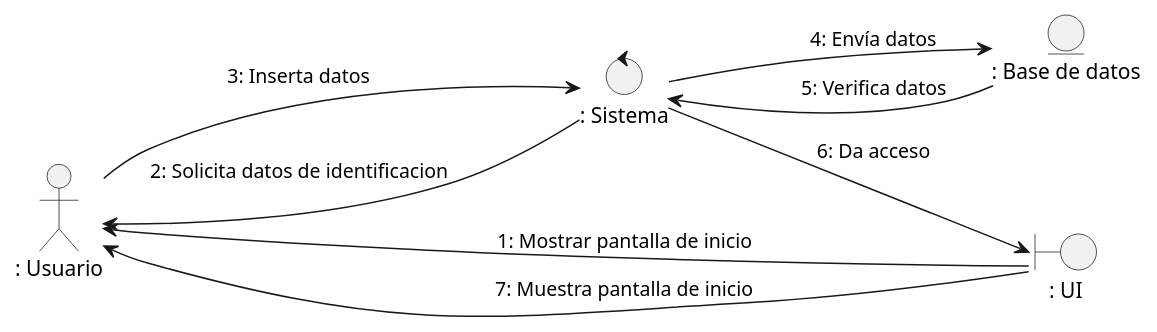
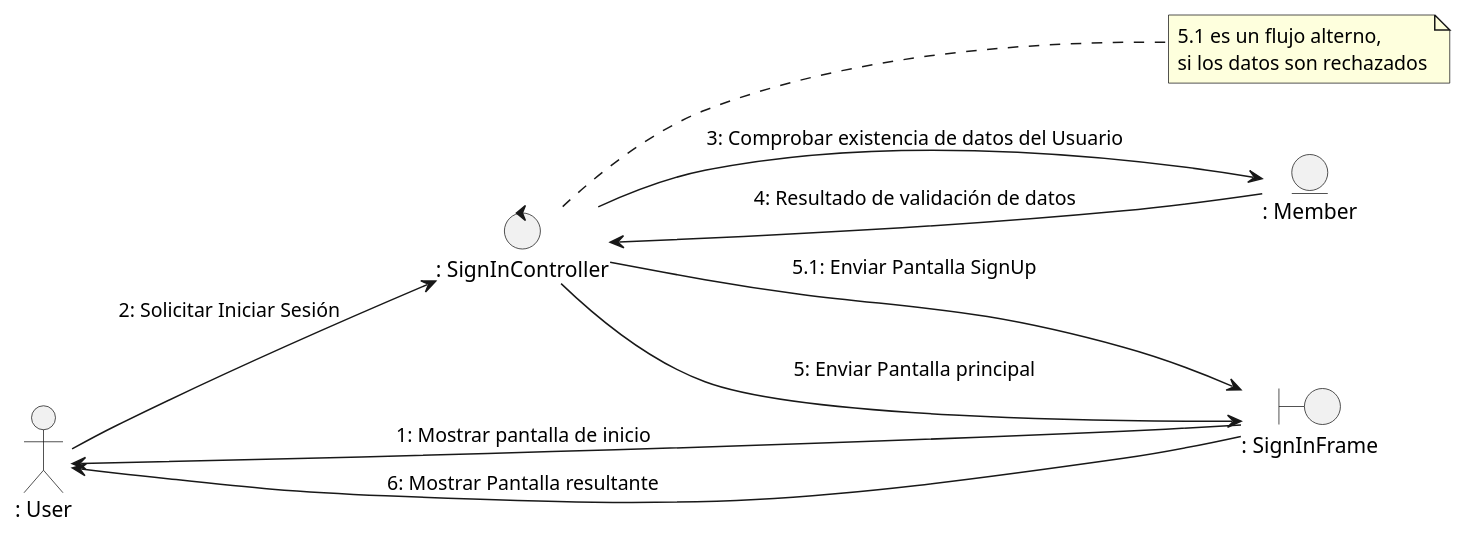
Before and after one commit to Danfloca02/ProyectoFacUpdate: the diagram in docs/logicalView/analysisView/usecaseAnalysis/collaborationDiagram/PlantUML/uc2_login.plantuml, drawn with PlantUML. The commit also changed 7 other files, not shown here.

Commit message:
Collaboration diagrams update

```diff
--- a/docs/logicalView/analysisView/usecaseAnalysis/collaborationDiagram/PlantUML/uc2_login.plantuml
+++ b/docs/logicalView/analysisView/usecaseAnalysis/collaborationDiagram/PlantUML/uc2_login.plantuml
@@ -1,18 +1,23 @@
 @startuml uc2_login
 
 left to right direction
 
-actor ": Usuario" as user
-boundary ": UI" as vis
-entity ": Base de datos" as mod
-control ": Sistema" as con
+actor ": User" as user
+boundary ": SignInFrame" as vis
+entity ": Member" as mod
+control ": SignInController" as con
+
+note right of con
+    5.1 es un flujo alterno, 
+    si los datos son rechazados
+end note
 
 vis --> user : 1: Mostrar pantalla de inicio
-con --> user : 2: Solicita datos de identificacion
-user --> con : 3: Inserta datos
-con --> mod : 4: Envía datos
-mod --> con : 5: Verifica datos
-con --> vis : 6: Da acceso
-vis --> user : 7: Muestra pantalla de inicio
+user --> con : 2: Solicitar Iniciar Sesión
+con --> mod : 3: Comprobar existencia de datos del Usuario 
+mod --> con : 4: Resultado de validación de datos 
+con --> vis : 5: Enviar Pantalla principal
+con --> vis : 5.1: Enviar Pantalla SignUp
+vis --> user : 6: Mostrar Pantalla resultante
 
 @enduml
```
